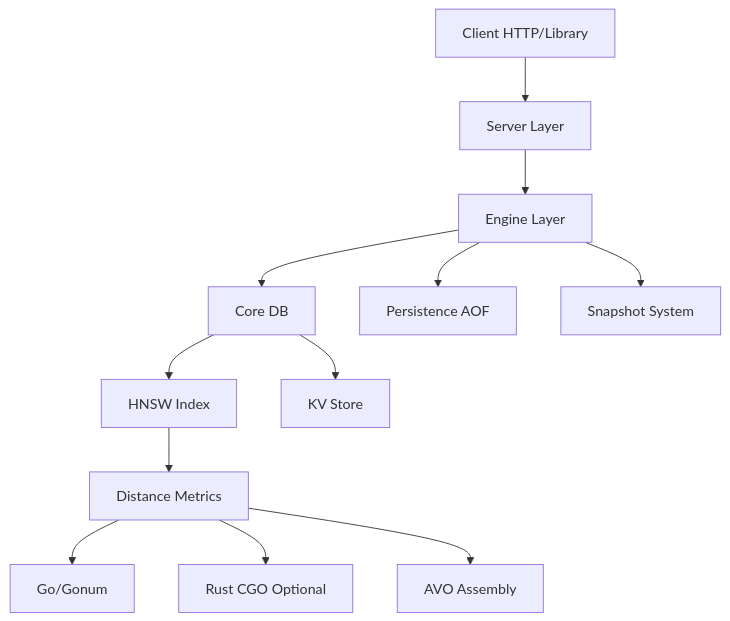
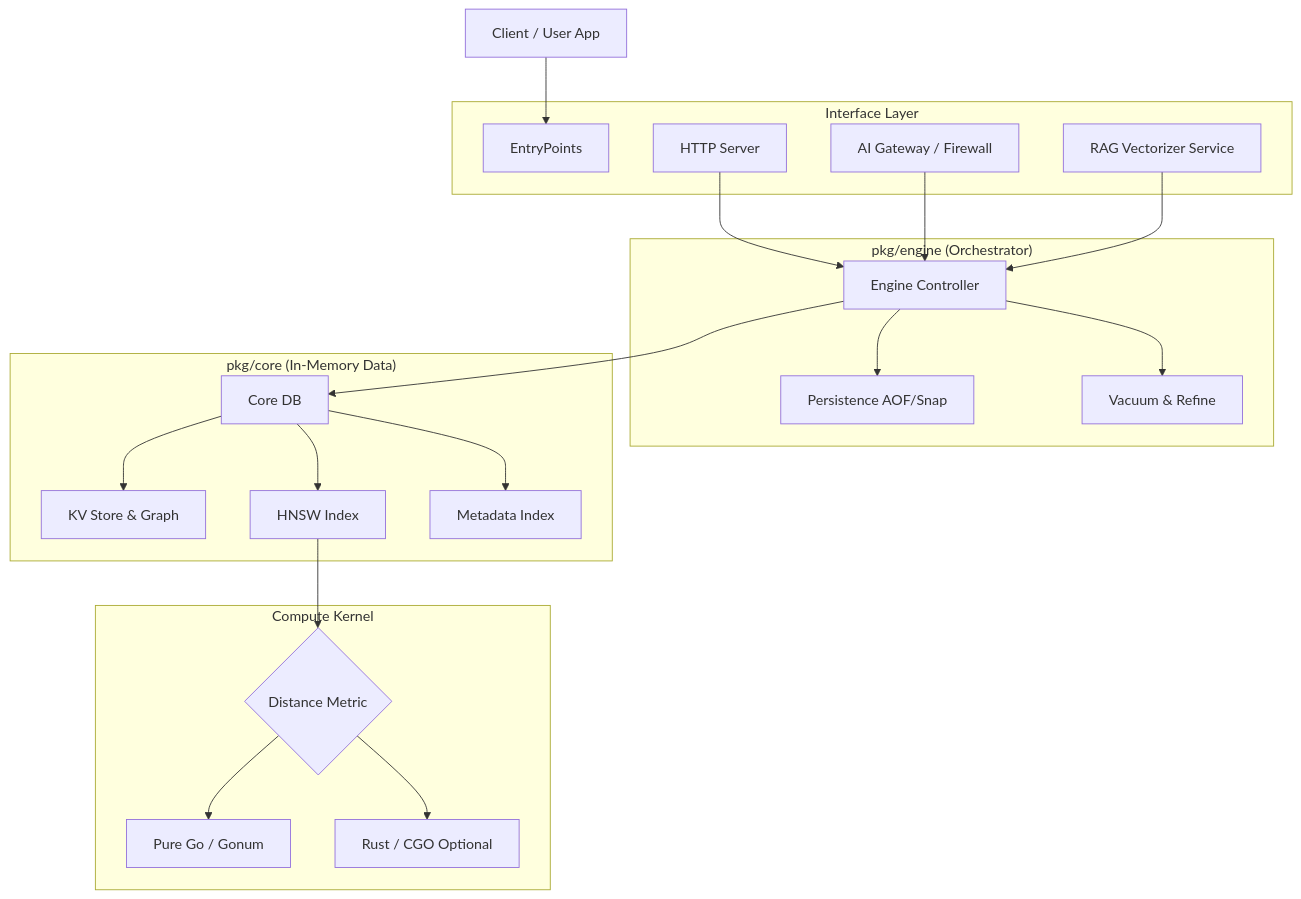
One commit to sanonone/kektordb changed the diagram in DOCUMENTATION.md. Above: the diagram before and after it, drawn with Mermaid. The commit also changed other lines of this file and 6 other files, not shown here.

````diff
--- a/DOCUMENTATION.md
+++ b/DOCUMENTATION.md
@@ -23,14 +33,34 @@
 ```mermaid
 graph TD
-    A[Client HTTP/Library] --> B[Server Layer]
-    B --> C[Engine Layer]
-    C --> D[Core DB]
-    D --> E[HNSW Index]
-    D --> F[KV Store]
-    C --> G[Persistence AOF]
-    C --> H[Snapshot System]
-    E --> I[Distance Metrics]
-    I --> J[Go/Gonum]
-    I --> K[Rust CGO Optional]
-    I --> L[AVO Assembly]
+    Client[Client / User App] --> EntryPoints
+    
+    subgraph "Interface Layer"
+        EntryPoints
+        API[HTTP Server]
+        Proxy[AI Gateway / Firewall]
+        RAG[RAG Vectorizer Service]
+    end
+
+    subgraph "pkg/engine (Orchestrator)"
+        Engine[Engine Controller]
+        Engine --> Persist[Persistence AOF/Snap]
+        Engine --> Maintenance[Vacuum & Refine]
+    end
+
+    subgraph "pkg/core (In-Memory Data)"
+        Engine --> DB[Core DB]
+        DB --> KV[KV Store & Graph]
+        DB --> HNSW[HNSW Index]
+        DB --> Filters[Metadata Index]
+    end
+
+    subgraph "Compute Kernel"
+        HNSW --> Dist{Distance Metric}
+        Dist --> Go[Pure Go / Gonum]
+        Dist --> Rust[Rust / CGO Optional]
+    end
+
+    API --> Engine
+    Proxy --> Engine
+    RAG --> Engine
 ```
````
